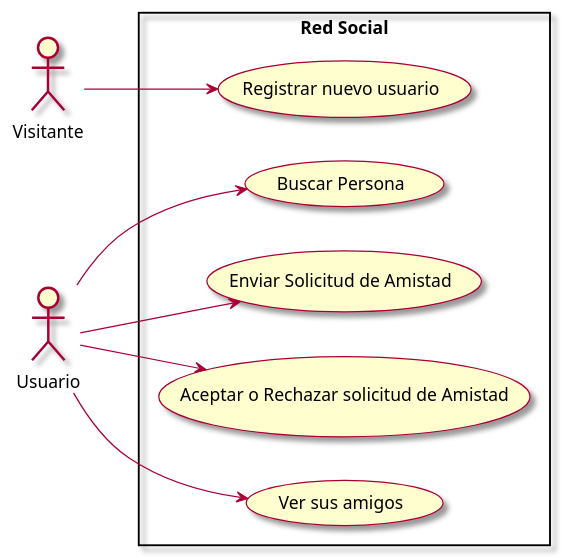
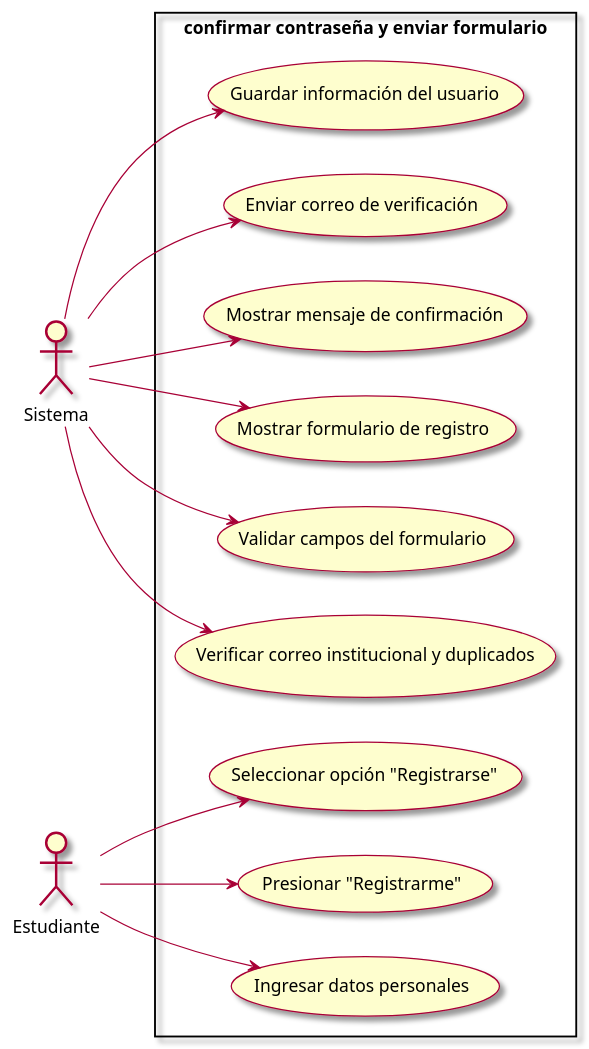
One commit to IsitaP/app changed the diagram in docs/casos-de-uso.md. Above: the diagram before and after it, drawn with PlantUML. The commit also changed other lines of this file and 2 other files, not shown here.

Commit message:
caso de uso actualizado

````diff
--- a/docs/casos-de-uso.md
+++ b/docs/casos-de-uso.md
@@ -5,20 +5,24 @@
 ```plantuml
 @startuml
 left to right direction
 skin rose
 
-actor Visitante
-actor Usuario 
+actor Sistema  
 
-rectangle "Red Social" {
+actor Estudiante
 
-    Visitante --> (Registrar nuevo usuario)
+rectangle "confirmar contraseña y enviar formulario" {
 
-    Usuario --> (Buscar Persona)
-    Usuario --> (Enviar Solicitud de Amistad)
-    Usuario --> (Aceptar o Rechazar solicitud de Amistad)
-    Usuario --> (Ver sus amigos)
+    Estudiante --> (Seleccionar opción "Registrarse")
+    Sistema --> (Mostrar formulario de registro)
+    Estudiante --> (Ingresar datos personales)
+    Sistema --> (Validar campos del formulario)
+    Estudiante--> (Presionar "Registrarme")
+    Sistema --> (Verificar correo institucional y duplicados)
+    Sistema --> (Guardar información del usuario)
+    Sistema --> (Enviar correo de verificación)
+    Sistema --> (Mostrar mensaje de confirmación)
 
 }
 @enduml
 ```
````
